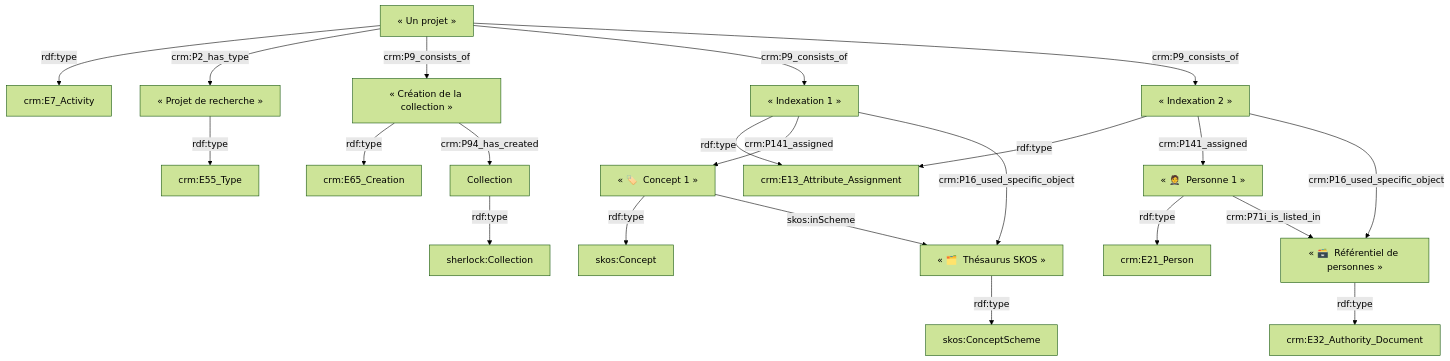
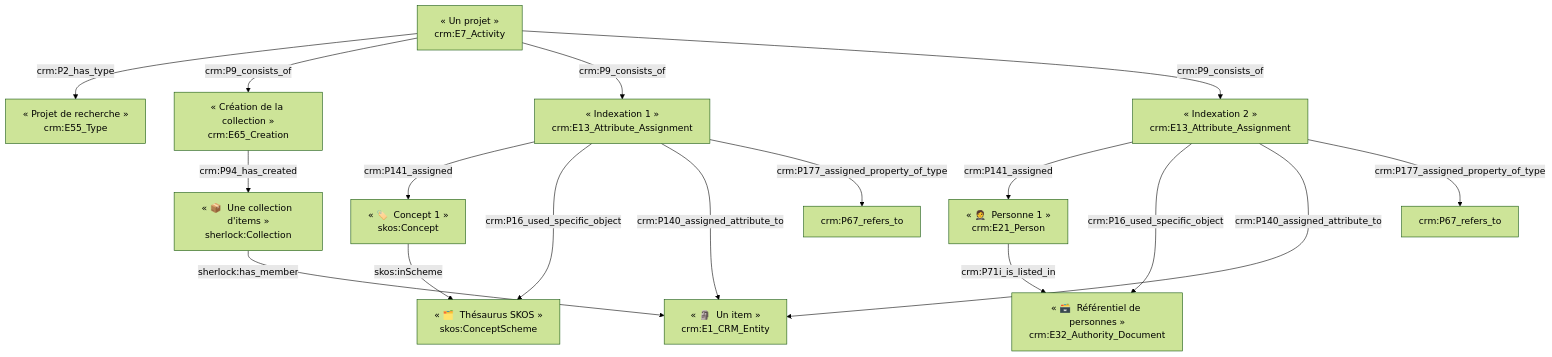
The fourth of 4 diagrams in sherlock_model_indexing.md (sherlock-iremus/sherlock), drawn with Mermaid (forest theme) before and after one commit. The commit also changed other lines of this file, not shown here.

````diff
--- a/sherlock_model_indexing.md
+++ b/sherlock_model_indexing.md
@@ -100,30 +103,38 @@
 ```mermaid
-flowchart TB
+flowchart TB;
 
 %% nommage et typage
 
-E7_projet[« Un projet »]-->|rdf:type| crm:E7_Activity
-E13a[« Indexation 1 »]-->|rdf:type| crm:E13_Attribute_Assignment
-E13b[« Indexation 2 »]-->|rdf:type| crm:E13_Attribute_Assignment
-E32_Personnes[« 🗃️  Référentiel de personnes »]-->|rdf:type| crm:E32_Authority_Document
-E55_projet[« Projet de recherche »]-->|rdf:type| crm:E55_Type
-E65_collection[« Création de la collection »]-->|rdf:type| crm:E65_Creation
-SKOS_CS[« 🗂️  Thésaurus SKOS »]-->|rdf:type| skos:ConceptScheme
-SKOS_Concept1[« 🏷️  Concept 1 »]-->|rdf:type| skos:Concept
-Personne1[« 🤵  Personne 1 »]-->|rdf:type| crm:E21_Person
+E7_projet[« Un projet »<br>crm:E7_Activity]
+E55_projet[« Projet de recherche »<br>crm:E55_Type]
+E65_collection[« Création de la collection »<br>crm:E65_Creation]
+Collection[« 📦  Une collection d'items »<br>sherlock:Collection]
+Item1[« 🗿  Un item »<br>crm:E1_CRM_Entity]
+
+E32_Personnes[« 🗃️  Référentiel de personnes »<br>crm:E32_Authority_Document]
+Personne1[« 🤵  Personne 1 »<br>crm:E21_Person]
+SKOS_CS[« 🗂️  Thésaurus SKOS »<br>skos:ConceptScheme]
+SKOS_Concept1[« 🏷️  Concept 1 »<br>skos:Concept]
+
+E13a[« Indexation 1 »<br>crm:E13_Attribute_Assignment]
+E13b[« Indexation 2 »<br>crm:E13_Attribute_Assignment]
 
 %% liens
 
-SKOS_Concept1-->|skos:inScheme| SKOS_CS
-Personne1-->|crm:P71i_is_listed_in| E32_Personnes
 E7_projet-->|crm:P2_has_type| E55_projet
 E7_projet-->|crm:P9_consists_of| E65_collection
 E65_collection-->|crm:P94_has_created| Collection
-Collection-->|rdf:type| sherlock:Collection
+Collection-->|sherlock:has_member|Item1
+SKOS_Concept1-->|skos:inScheme| SKOS_CS
+Personne1-->|crm:P71i_is_listed_in| E32_Personnes
 E7_projet-->|crm:P9_consists_of| E13a
 E7_projet-->|crm:P9_consists_of| E13b
 E13a-->|crm:P141_assigned| SKOS_Concept1
 E13b-->|crm:P141_assigned| Personne1
 E13a-->|crm:P16_used_specific_object| SKOS_CS
 E13b-->|crm:P16_used_specific_object| E32_Personnes
+E13a-->|crm:P140_assigned_attribute_to| Item1
+E13b-->|crm:P140_assigned_attribute_to| Item1
+E13a-->|crm:P177_assigned_property_of_type| P67a[crm:P67_refers_to]
+E13b-->|crm:P177_assigned_property_of_type| P67b[crm:P67_refers_to]
 ```
````
